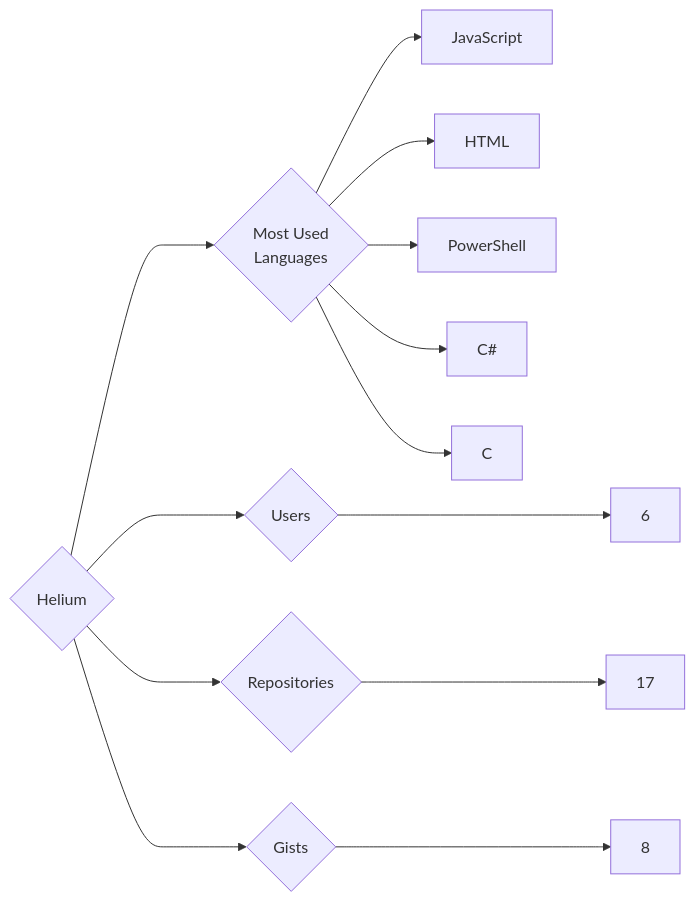
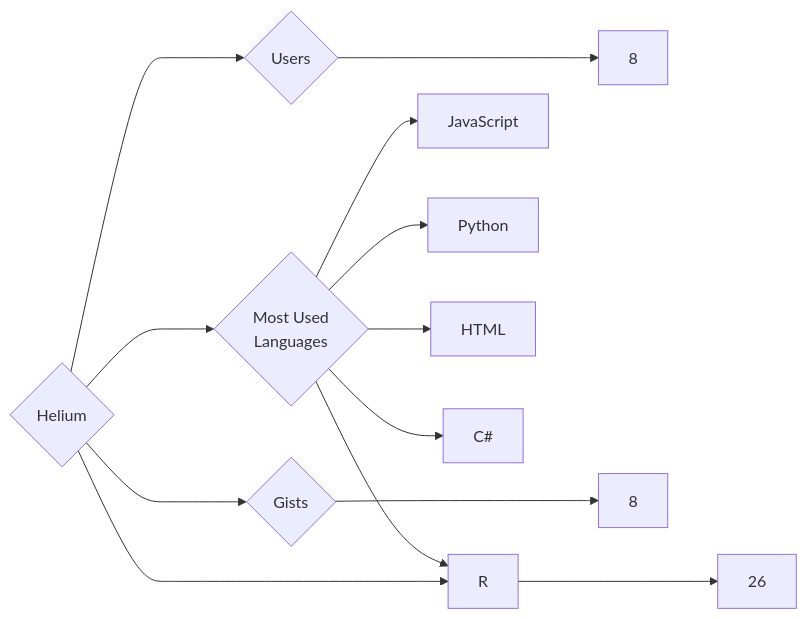
Before and after one commit to trickest/insiders: the diagram in targets/Helium/README.md, drawn with Mermaid. The commit also changed 1148 other files, not shown here.

````diff
--- a/targets/Helium/README.md
+++ b/targets/Helium/README.md
@@ -3,13 +3,13 @@
 ```mermaid
 graph LR
 COMPANY_NAME{Helium}
-COMPANY_NAME ---> U{Users} ---> UN[6]
-COMPANY_NAME ---> R{Repositories} ---> RN[17]
+COMPANY_NAME ---> U{Users} ---> UN[8]
+COMPANY_NAME ---> R{Repositories} ---> RN[26]
 COMPANY_NAME ---> G{Gists} ---> GN[8]
 COMPANY_NAME ---> ML{Most Used<br>Languages}
 ML --> JavaScript[JavaScript]
+ML --> Python[Python]
 ML --> HTML[HTML]
-ML --> PowerShell[PowerShell]
 ML --> C#[C#]
-ML --> C[C]
+ML --> R[R]
 ```
````
